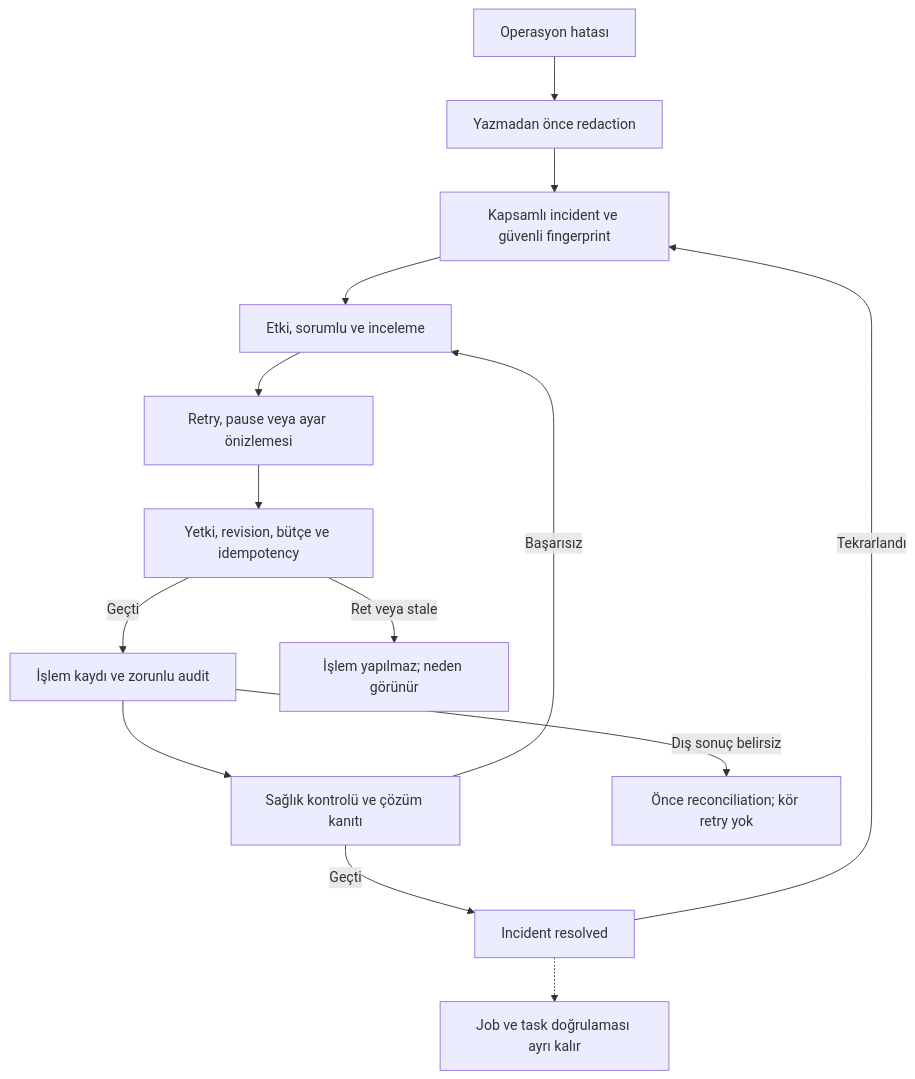
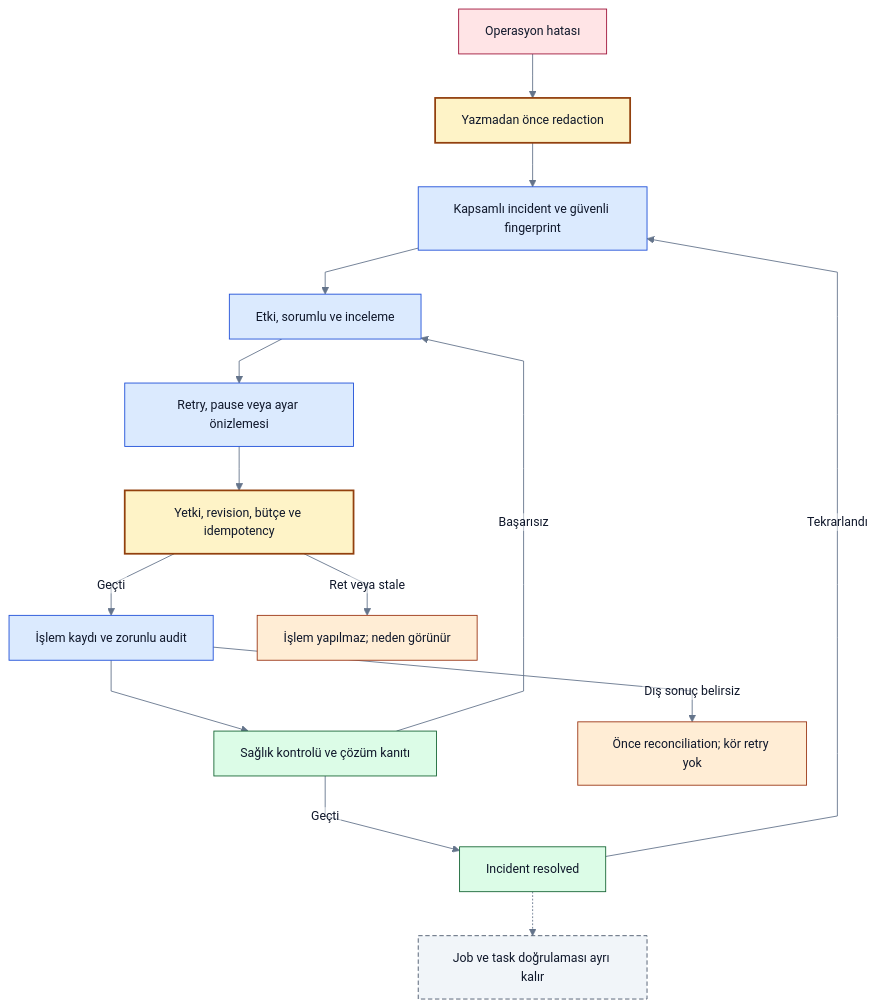
Before and after one commit to alphanAkbulut/decivora: diagram 13 of 13 in docs/architecture/diagrams.md, drawn with Mermaid. The commit also changed other lines of this file and 21 other files, not shown here.

Commit message:
Refresh all Mermaid diagrams, clarify decision states and document rendering evidence

````diff
--- a/docs/architecture/diagrams.md
+++ b/docs/architecture/diagrams.md
@@ -345,16 +512,31 @@
 ```mermaid
+%%{init: {"theme":"base","themeVariables":{"fontFamily":"Arial, sans-serif","fontSize":"14px","primaryColor":"#eff6ff","primaryTextColor":"#0f172a","primaryBorderColor":"#1d4ed8","lineColor":"#64748b","secondaryColor":"#ccfbf1","tertiaryColor":"#f1f5f9","background":"#ffffff","mainBkg":"#eff6ff","textColor":"#0f172a","clusterBkg":"#f8fafc","clusterBorder":"#94a3b8","edgeLabelBackground":"#ffffff","actorBkg":"#eff6ff","actorTextColor":"#0f172a","actorBorder":"#1d4ed8","signalColor":"#64748b","signalTextColor":"#0f172a","noteBkgColor":"#fef3c7","noteTextColor":"#0f172a","noteBorderColor":"#92400e"},"flowchart":{"htmlLabels":false,"curve":"linear"},"sequence":{"wrap":true},"themeCSS":"background-color:#ffffff;"}}%%
 flowchart TB
+    accTitle: Incident ve güvenli müdahale
+    accDescr: Önerilen tasarım veya açıkça belirtilen sentetik örnek. Renkler alan ve kontrol türünü gösterir; implemented veya passed kanıtı değildir. Yetki, revision ve coverage sınırları korunur.
     ERR[Operasyon hatası] --> SAFE[Yazmadan önce redaction]
     SAFE --> INC[Kapsamlı incident ve güvenli fingerprint]
     INC --> TRIAGE[Etki, sorumlu ve inceleme]
     TRIAGE --> PLAN[Retry, pause veya ayar önizlemesi]
     PLAN --> GUARD[Yetki, revision, bütçe ve idempotency]
     GUARD -->|Geçti| APPLY[İşlem kaydı ve zorunlu audit]
     GUARD -->|Ret veya stale| HOLD[İşlem yapılmaz; neden görünür]
     APPLY --> HEALTH[Sağlık kontrolü ve çözüm kanıtı]
     HEALTH -->|Geçti| RES[Incident resolved]
     HEALTH -->|Başarısız| TRIAGE
     RES -->|Tekrarlandı| INC
     RES -.-> SEPARATE[Job ve task doğrulaması ayrı kalır]
     APPLY -->|Dış sonuç belirsiz| UNKNOWN[Önce reconciliation; kör retry yok]
+    classDef danger fill:#ffe4e6,stroke:#9f1239,color:#0f172a
+    classDef gate fill:#fef3c7,stroke:#92400e,color:#0f172a,stroke-width:2px
+    classDef process fill:#dbeafe,stroke:#1d4ed8,color:#0f172a
+    classDef evidence fill:#dcfce7,stroke:#166534,color:#0f172a
+    classDef warning fill:#ffedd5,stroke:#9a3412,color:#0f172a
+    classDef history fill:#f1f5f9,stroke:#475569,color:#0f172a,stroke-dasharray:5 3
+    class ERR danger
+    class SAFE,GUARD gate
+    class INC,TRIAGE,PLAN,APPLY process
+    class HEALTH,RES evidence
+    class HOLD,UNKNOWN warning
+    class SEPARATE history
 ```
````
